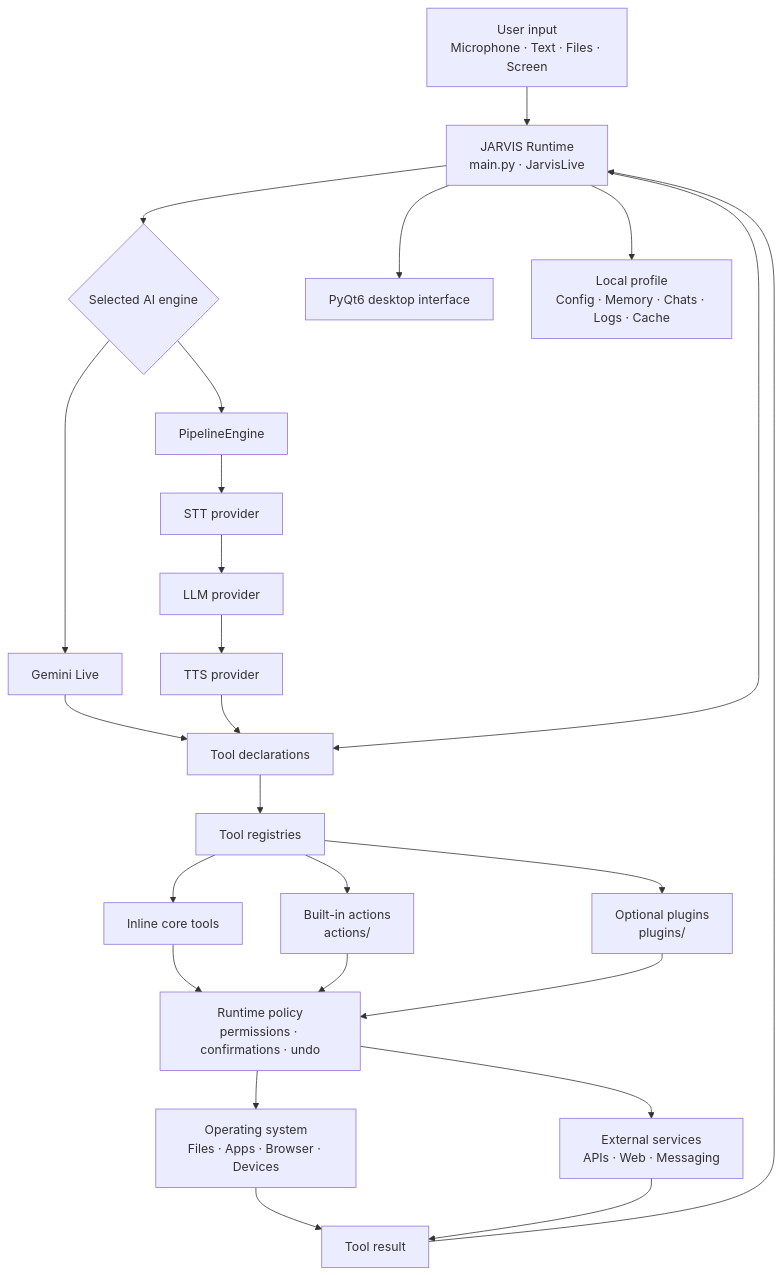
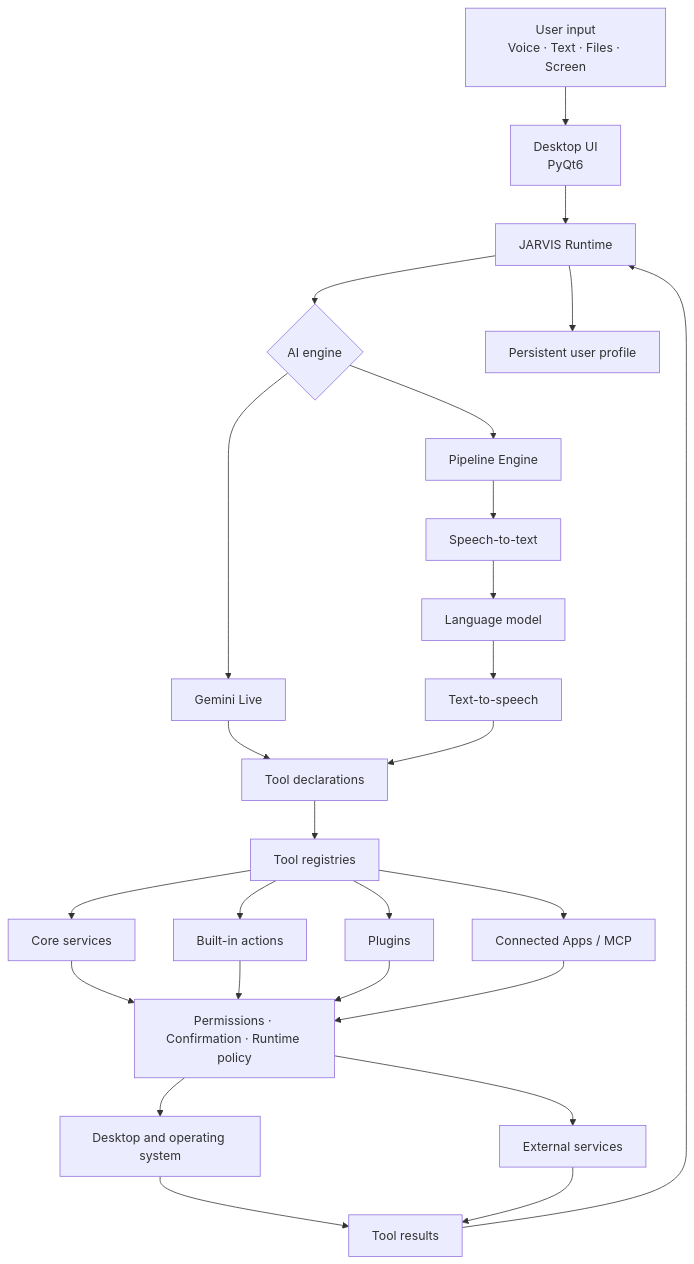
Before and after one commit to RustamovAkrom/JARVIS: the diagram in README.md, drawn with Mermaid. The commit also changed other lines of this file, not shown here.

````diff
--- a/README.md
+++ b/README.md
@@ -175,27 +117,28 @@
 ```mermaid
 flowchart TD
-    U["User input<br/>Microphone · Text · Files · Screen"] --> R["JARVIS Runtime<br/>main.py · JarvisLive"]
-    R --> E{"Selected AI engine"}
-    E --> G["Gemini Live"]
-    E --> P["PipelineEngine"]
-    P --> STT["STT provider"]
-    STT --> LLM["LLM provider"]
-    LLM --> TTS["TTS provider"]
-    G --> D["Tool declarations"]
-    TTS --> D
-    R --> D
-    D --> REG["Tool registries"]
-    REG --> CORE["Inline core tools"]
-    REG --> ACT["Built-in actions<br/>actions/"]
-    REG --> PLUG["Optional plugins<br/>plugins/"]
-    CORE --> POLICY["Runtime policy<br/>permissions · confirmations · undo"]
-    ACT --> POLICY
-    PLUG --> POLICY
-    POLICY --> OS["Operating system<br/>Files · Apps · Browser · Devices"]
-    POLICY --> SERVICES["External services<br/>APIs · Web · Messaging"]
-    OS --> RESULT["Tool result"]
+    USER["User input<br/>Voice · Text · Files · Screen"] --> UI["Desktop UI<br/>PyQt6"]
+    UI --> RUNTIME["JARVIS Runtime"]
+    RUNTIME --> ENGINE{"AI engine"}
+    ENGINE --> LIVE["Gemini Live"]
+    ENGINE --> PIPE["Pipeline Engine"]
+    PIPE --> STT["Speech-to-text"]
+    STT --> LLM["Language model"]
+    LLM --> TTS["Text-to-speech"]
+    LIVE --> TOOLS["Tool declarations"]
+    TTS --> TOOLS
+    TOOLS --> REGISTRY["Tool registries"]
+    REGISTRY --> CORE["Core services"]
+    REGISTRY --> ACTIONS["Built-in actions"]
+    REGISTRY --> PLUGINS["Plugins"]
+    REGISTRY --> APPS["Connected Apps / MCP"]
+    CORE --> POLICY["Permissions · Confirmation · Runtime policy"]
+    ACTIONS --> POLICY
+    PLUGINS --> POLICY
+    APPS --> POLICY
+    POLICY --> OS["Desktop and operating system"]
+    POLICY --> SERVICES["External services"]
+    OS --> RESULT["Tool results"]
     SERVICES --> RESULT
-    RESULT --> R
-    R --> UI["PyQt6 desktop interface"]
-    R --> DATA["Local profile<br/>Config · Memory · Chats · Logs · Cache"]
+    RESULT --> RUNTIME
+    RUNTIME --> DATA["Persistent user profile"]
 ```
````
